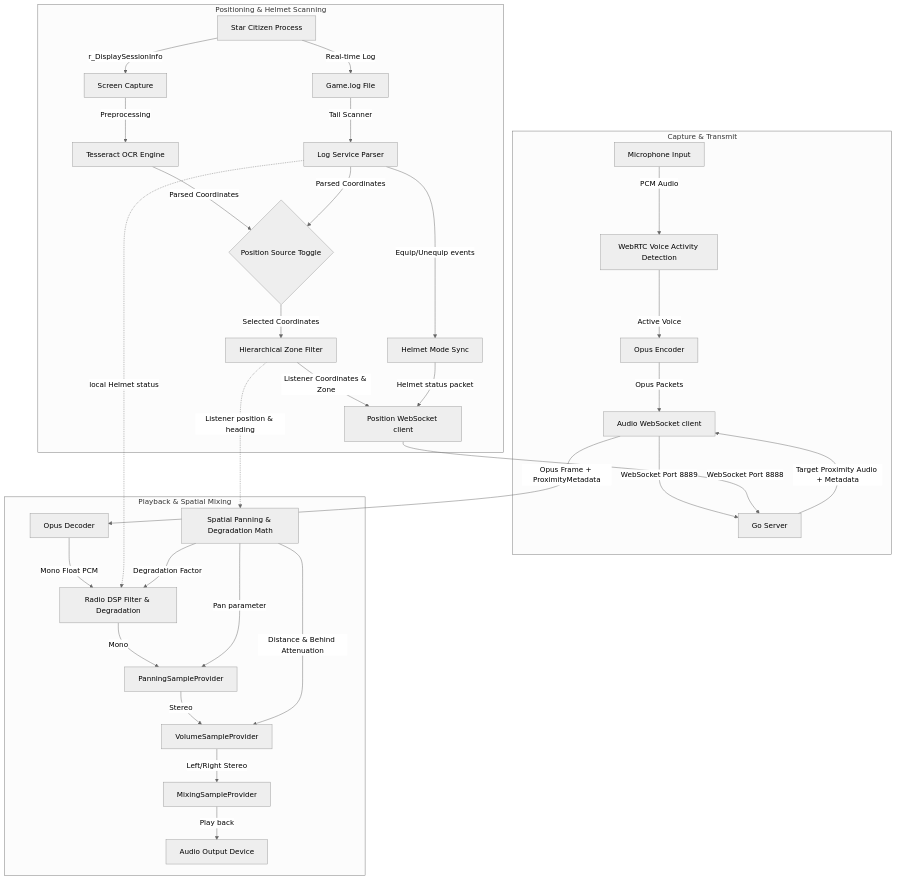
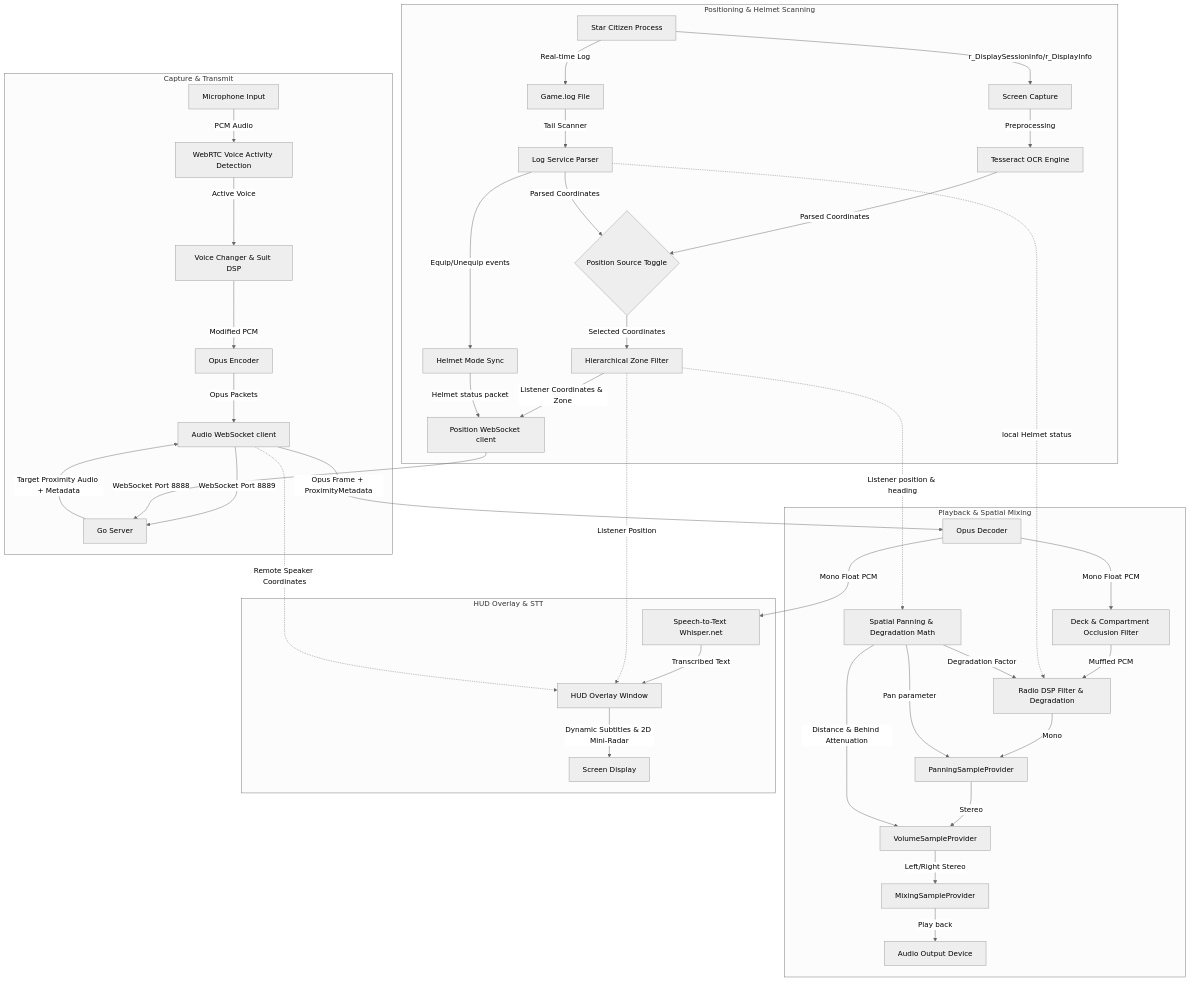
Before and after one commit to XuruDragon/XuruVOIP: the diagram in README.md, drawn with Mermaid (neutral theme). The commit also changed other lines of this file and 17 other files, not shown here.

````diff
--- a/README.md
+++ b/README.md
@@ -88,45 +88,55 @@
 ```mermaid
 graph TD
     subgraph Capture & Transmit
         Mic[Microphone Input] -->|PCM Audio| VAD[WebRTC Voice Activity Detection]
-        VAD -->|Active Voice| OpusEnc[Opus Encoder]
+        VAD -->|Active Voice| VoiceChanger[Voice Changer & Suit DSP]
+        VoiceChanger -->|Modified PCM| OpusEnc[Opus Encoder]
         OpusEnc -->|Opus Packets| AudioWS[Audio WebSocket client]
         AudioWS -->|WebSocket Port 8889| Server[Go Server]
     end
 
     subgraph Positioning & Helmet Scanning
-        SC[Star Citizen Process] -->|r_DisplaySessionInfo| Screen[Screen Capture]
+        SC[Star Citizen Process] -->|r_DisplaySessionInfo/r_DisplayInfo| Screen[Screen Capture]
         Screen -->|Preprocessing| Tess[Tesseract OCR Engine]
         
         SC -->|Real-time Log| GameLog[Game.log File]
         GameLog -->|Tail Scanner| LogParser[Log Service Parser]
         
         Tess -->|Parsed Coordinates| PosSelector{Position Source Toggle}
         LogParser -->|Parsed Coordinates| PosSelector
         
         PosSelector -->|Selected Coordinates| Zone[Hierarchical Zone Filter]
         Zone -->|Listener Coordinates & Zone| PosWS[Position WebSocket client]
         PosWS -->|WebSocket Port 8888| Server
 
         LogParser -->|Equip/Unequip events| Helmet[Helmet Mode Sync]
         Helmet -->|Helmet status packet| PosWS
     end
 
     subgraph Playback & Spatial Mixing
         Server -->|Target Proximity Audio + Metadata| AudioWS
         AudioWS -->|Opus Frame + ProximityMetadata| Decoder[Opus Decoder]
-        Decoder -->|Mono Float PCM| DSP[Radio DSP Filter & Degradation]
+        Decoder -->|Mono Float PCM| OcclusionFilter[Deck & Compartment Occlusion Filter]
+        OcclusionFilter -->|Muffled PCM| DSP[Radio DSP Filter & Degradation]
         DSP -->|Mono| Panner[PanningSampleProvider]
         Panner -->|Stereo| Volume[VolumeSampleProvider]
         
         LogParser -.->|local Helmet status| DSP
         Zone -.->|Listener position & heading| MixerMath[Spatial Panning & Degradation Math]
         
         MixerMath -->|Pan parameter| Panner
         MixerMath -->|Distance & Behind Attenuation| Volume
         MixerMath -->|Degradation Factor| DSP
         
         Volume -->|Left/Right Stereo| Mixer[MixingSampleProvider]
         Mixer -->|Play back| Speakers[Audio Output Device]
     end
+
+    subgraph HUD Overlay & STT
+        Decoder -->|Mono Float PCM| STT[Speech-to-Text Whisper.net]
+        STT -->|Transcribed Text| Overlay[HUD Overlay Window]
+        Zone -.->|Listener Position| Overlay
+        AudioWS -.->|Remote Speaker Coordinates| Overlay
+        Overlay -->|Dynamic Subtitles & 2D Mini-Radar| ScreenOverlay[Screen Display]
+    end
 ```
````
